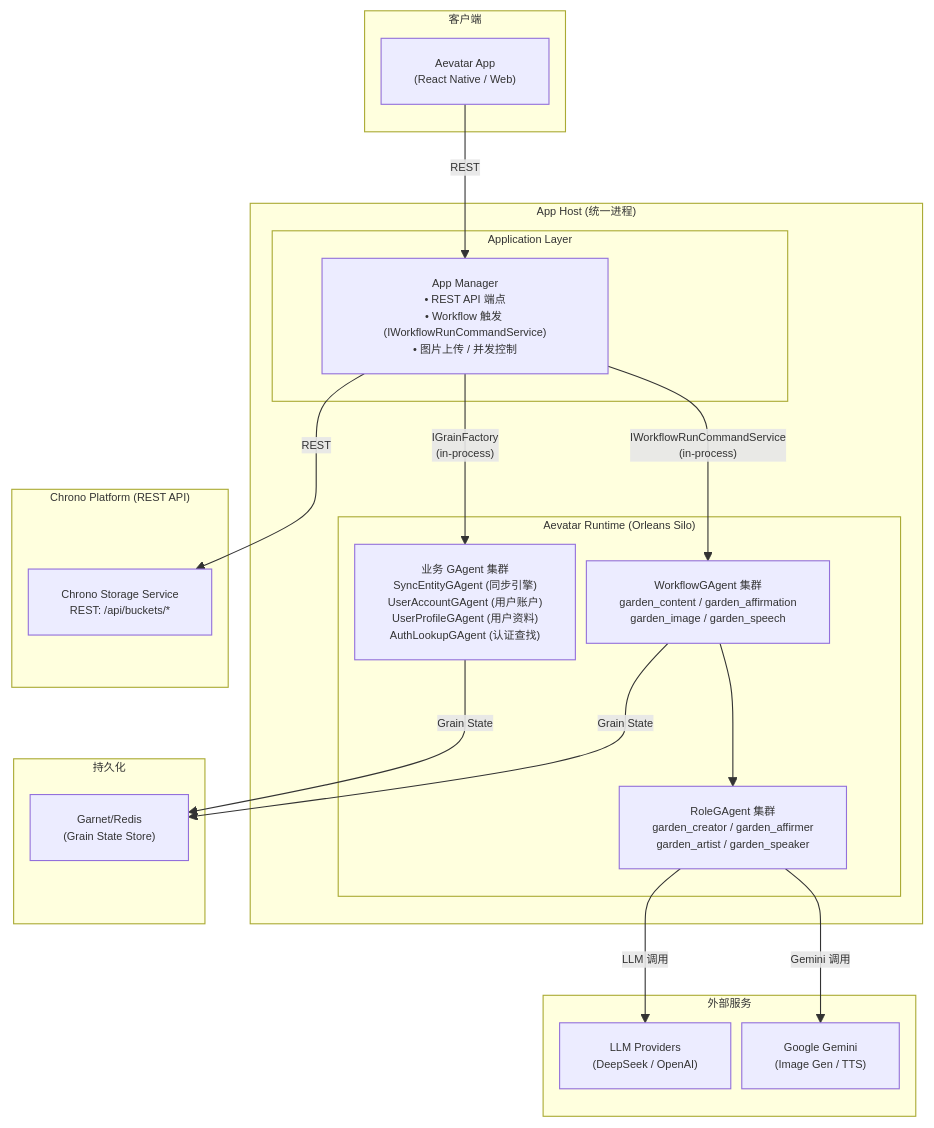
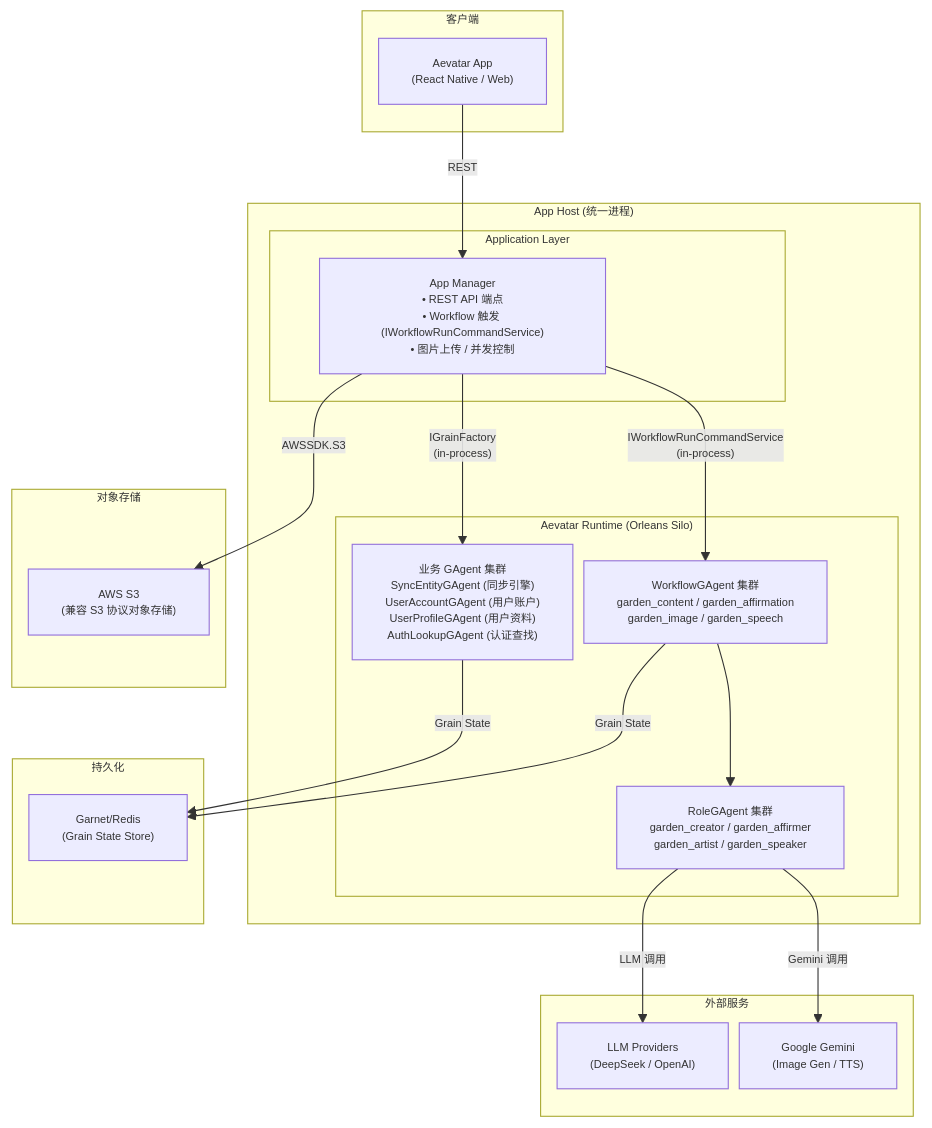
The first of 15 diagrams in apps/aevatar-app/docs/refactoring-plan.md (aevatarAI/aevatar), drawn with Mermaid before and after one commit. The commit also changed other lines of this file and 2 other files, not shown here.

Commit message:
docs: add architecture audit and Soul Garden decoupling plan

````diff
--- a/apps/aevatar-app/docs/refactoring-plan.md
+++ b/apps/aevatar-app/docs/refactoring-plan.md
@@ -131,43 +131,43 @@
 ```mermaid
 %%{init: {"maxTextSize": 100000, "flowchart": {"useMaxWidth": false, "nodeSpacing": 10, "rankSpacing": 50}, "themeVariables": {"fontSize": "10px"}}}%%
 graph TB
     subgraph "客户端"
         APP["Aevatar App<br/>(React Native / Web)"]
     end
 
     subgraph "App Host (统一进程)"
         subgraph "Application Layer"
             GM["App Manager<br/>• REST API 端点<br/>• Workflow 触发 (IWorkflowRunCommandService)<br/>• 图片上传 / 并发控制"]
         end
 
         subgraph "Aevatar Runtime (Orleans Silo)"
             BIZ["业务 GAgent 集群<br/>SyncEntityGAgent (同步引擎)<br/>UserAccountGAgent (用户账户)<br/>UserProfileGAgent (用户资料)<br/>AuthLookupGAgent (认证查找)"]
             WF["WorkflowGAgent 集群<br/>garden_content / garden_affirmation<br/>garden_image / garden_speech"]
             ROLES["RoleGAgent 集群<br/>garden_creator / garden_affirmer<br/>garden_artist / garden_speaker"]
         end
 
         GM -->|"IGrainFactory<br/>(in-process)"| BIZ
         GM -->|"IWorkflowRunCommandService<br/>(in-process)"| WF
         WF --> ROLES
     end
 
-    subgraph "Chrono Platform (REST API)"
-        CS["Chrono Storage Service<br/>REST: /api/buckets/*"]
+    subgraph "对象存储"
+        S3["AWS S3<br/>(兼容 S3 协议对象存储)"]
     end
 
     subgraph "外部服务"
         LLM["LLM Providers<br/>(DeepSeek / OpenAI)"]
         GEMINI["Google Gemini<br/>(Image Gen / TTS)"]
     end
 
     subgraph "持久化"
         REDIS["Garnet/Redis<br/>(Grain State Store)"]
     end
 
     APP -->|"REST"| GM
-    GM -->|"REST"| CS
+    GM -->|"AWSSDK.S3"| S3
     ROLES -->|"LLM 调用"| LLM
     ROLES -->|"Gemini 调用"| GEMINI
     BIZ -->|"Grain State"| REDIS
     WF -->|"Grain State"| REDIS
 ```
````
